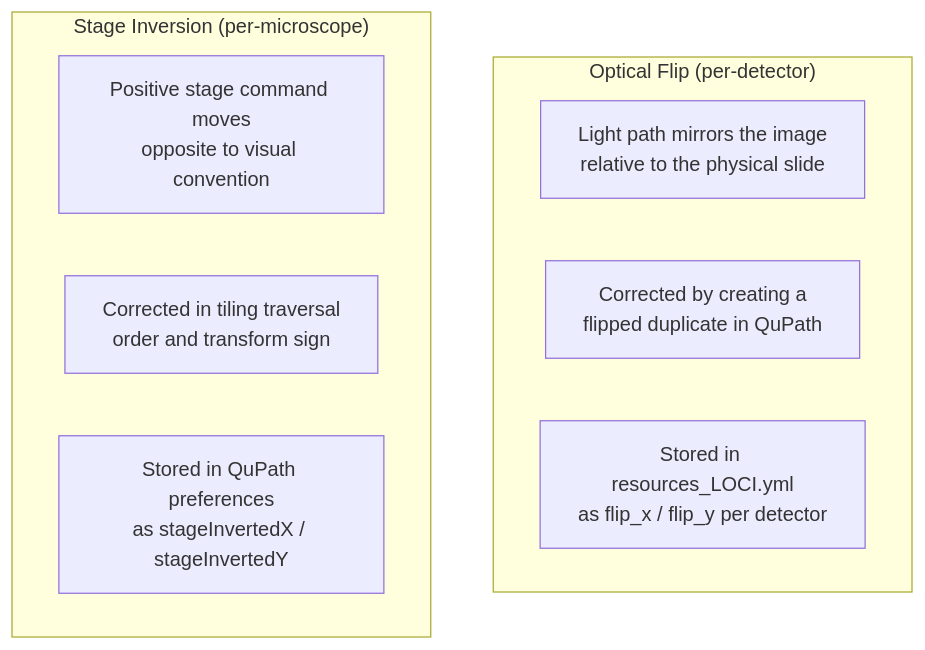
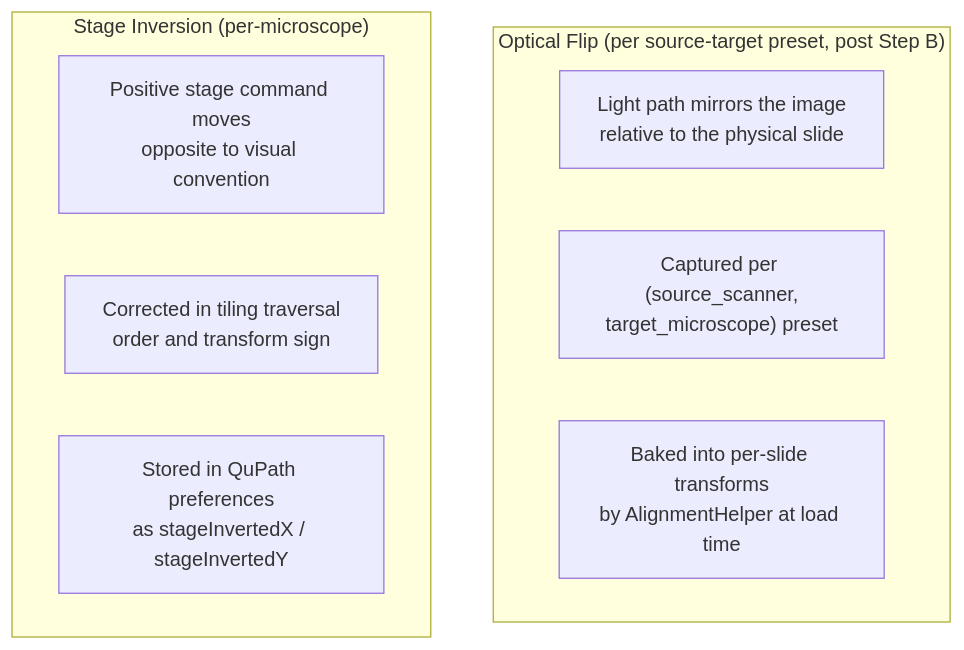
One commit to uw-loci/qupath-extension-qpsc changed the second of 4 diagrams in documentation/developer/COORDINATE_TRANSFORMS.md. Above: the diagram before and after it, drawn with Mermaid. The commit also changed other lines of this file and 3 other files, not shown here.

````diff
--- a/documentation/developer/COORDINATE_TRANSFORMS.md
+++ b/documentation/developer/COORDINATE_TRANSFORMS.md
@@ -116,14 +118,14 @@
 ```mermaid
 graph TB
-    subgraph "Optical Flip (per-detector)"
+    subgraph "Optical Flip (per source-target preset, post Step B)"
         F["Light path mirrors the image<br/>relative to the physical slide"]
-        F1["Corrected by creating a<br/>flipped duplicate in QuPath"]
-        F2["Stored in resources_LOCI.yml<br/>as flip_x / flip_y per detector"]
+        F1["Captured per (source_scanner,<br/>target_microscope) preset"]
+        F2["Baked into per-slide transforms<br/>by AlignmentHelper at load time"]
     end
 
     subgraph "Stage Inversion (per-microscope)"
         I["Positive stage command moves<br/>opposite to visual convention"]
         I1["Corrected in tiling traversal<br/>order and transform sign"]
         I2["Stored in QuPath preferences<br/>as stageInvertedX / stageInvertedY"]
     end
 ```
````
